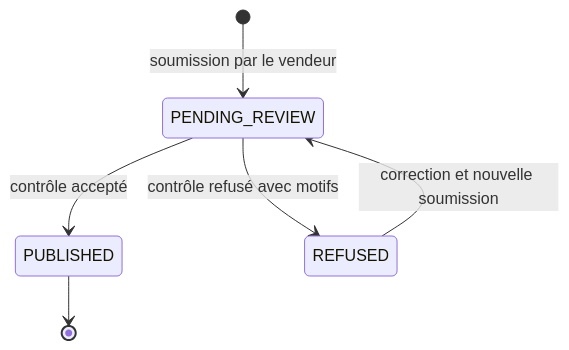
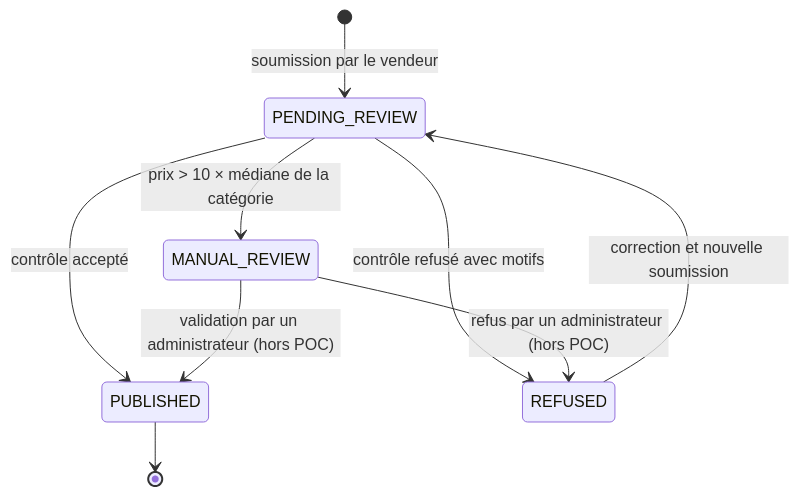
Before and after one commit to Melandry27/collector-shop: the first of 2 diagrams in docs/backlog/user-stories.md, drawn with Mermaid. The commit also changed other lines of this file and 9 other files, not shown here.

````diff
--- a/docs/backlog/user-stories.md
+++ b/docs/backlog/user-stories.md
@@ -49,8 +70,11 @@
 ```mermaid
 stateDiagram-v2
   [*] --> PENDING_REVIEW: soumission par le vendeur
   PENDING_REVIEW --> PUBLISHED: contrôle accepté
   PENDING_REVIEW --> REFUSED: contrôle refusé avec motifs
+  PENDING_REVIEW --> MANUAL_REVIEW: prix > 10 × médiane de la catégorie
+  MANUAL_REVIEW --> PUBLISHED: validation par un administrateur (hors POC)
+  MANUAL_REVIEW --> REFUSED: refus par un administrateur (hors POC)
   PUBLISHED --> [*]
   REFUSED --> PENDING_REVIEW: correction et nouvelle soumission
 ```
````
